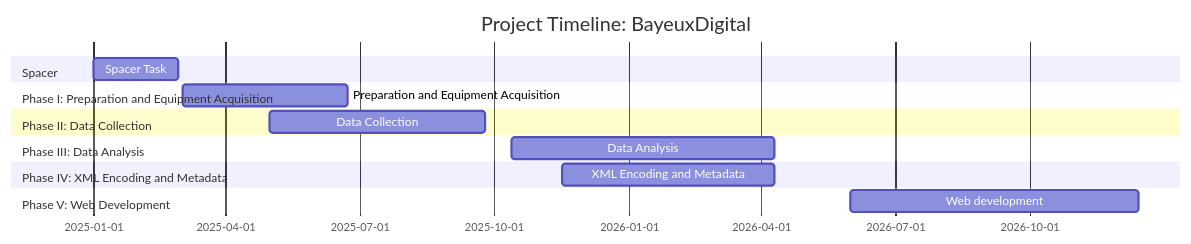
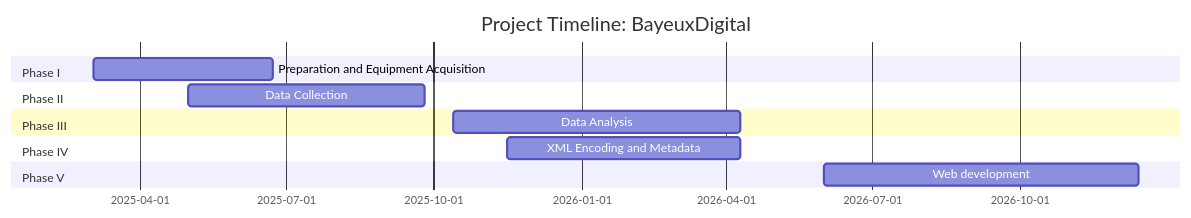
Before and after one commit to bjorkk/BayeuxDigital: the diagram in gantt-timeline.md, drawn with Mermaid.

````diff
--- a/gantt-timeline.md
+++ b/gantt-timeline.md
@@ -3,17 +3,15 @@
 ```mermaid
 gantt
     title Project Timeline: BayeuxDigital
     dateFormat  YYYY-MM-DD
-    section Spacer 
-    Spacer Task :s1, 2025-01-01, 2025-02-28
-    section Phase I: Preparation and Equipment Acquisition
+    section Phase I
     Preparation and Equipment Acquisition :a1, 2025-03-03, 2025-06-23
-    section Phase II: Data Collection
+    section Phase II
     Data Collection :a2, 2025-05-01, 2025-09-25
-    section Phase III: Data Analysis
+    section Phase III
     Data Analysis :a3, 2025-10-13, 2026-04-10
-    section Phase IV: XML Encoding and Metadata
+    section Phase IV
     XML Encoding and Metadata :a4, 2025-11-16, 2026-04-10
-    section Phase V: Web Development
+    section Phase V
     Web development :a5, 2026-06-01, 2026-12-14
 ```
````
